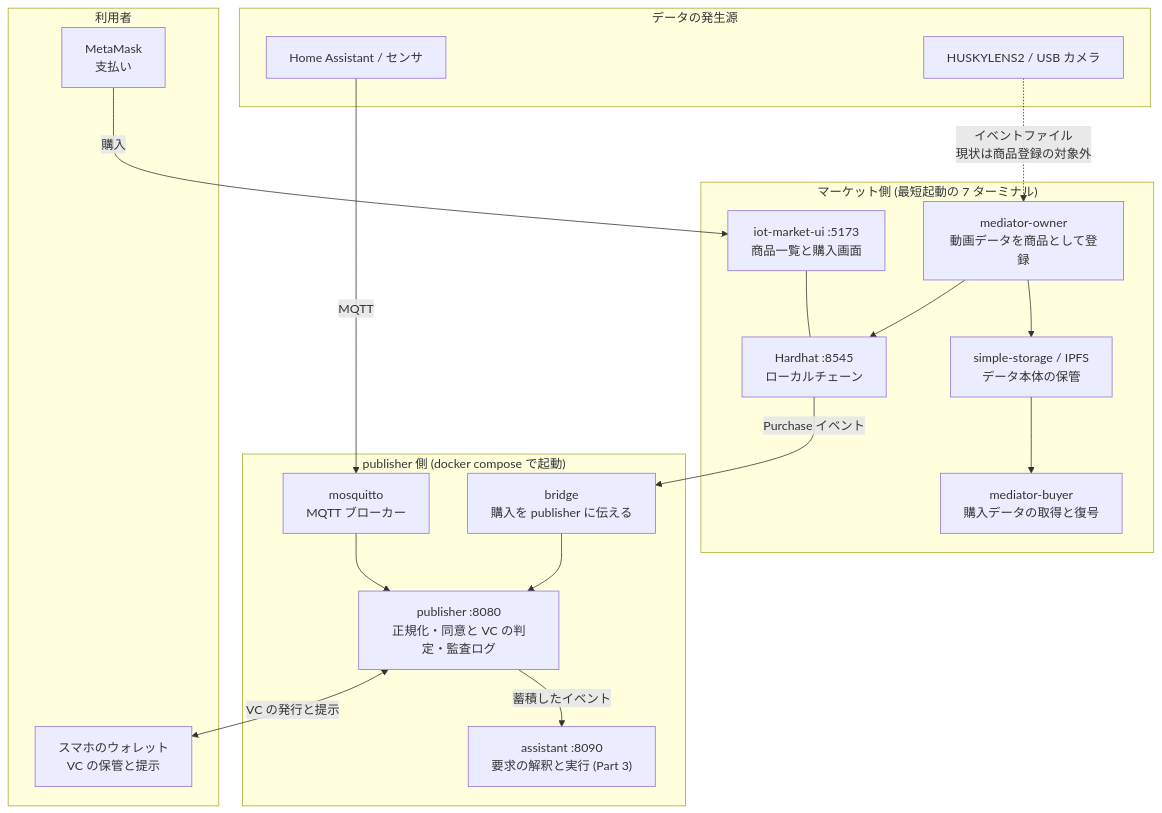
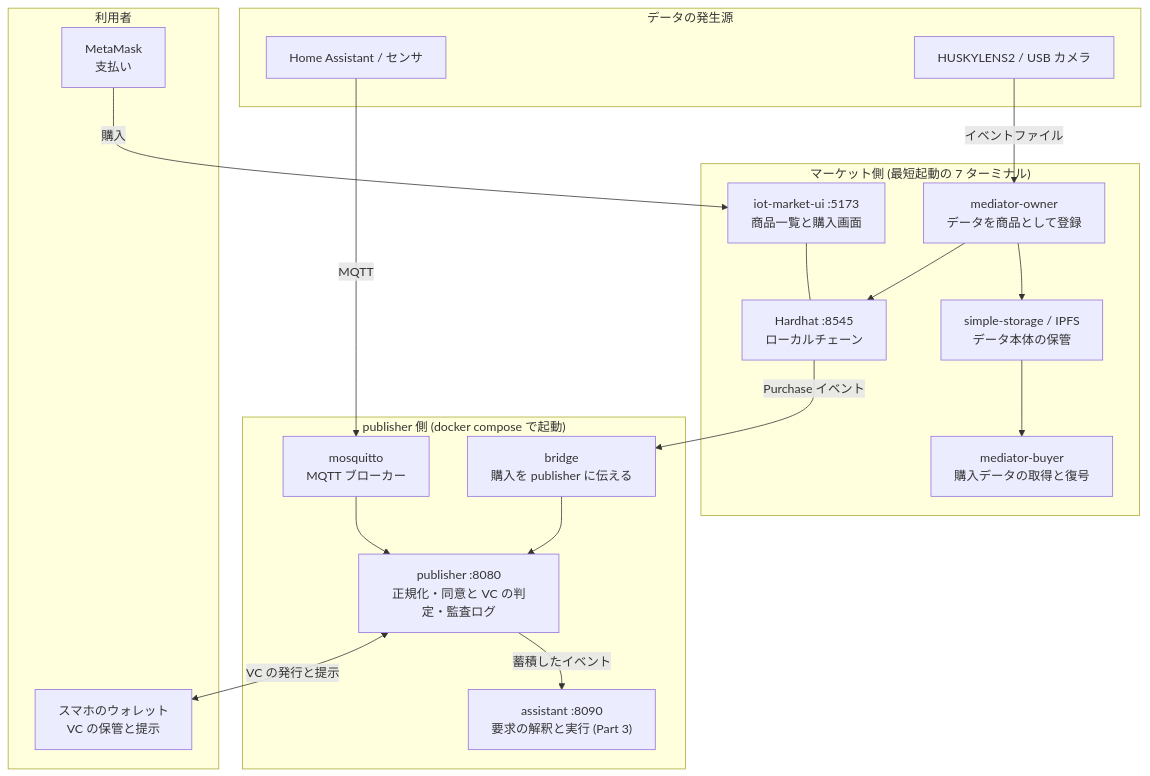
Before and after one commit to ertlnagoya/iw3ip.github.io: the diagram in docs/index.md, drawn with Mermaid. The commit also changed 17 other files, not shown here.

````diff
--- a/docs/index.md
+++ b/docs/index.md
@@ -37,34 +37,34 @@
 ```mermaid
 flowchart TB
   subgraph DEV["データの発生源"]
     HA["Home Assistant / センサ"]
     CAM["HUSKYLENS2 / USB カメラ"]
   end
   subgraph PUB["publisher 側 (docker compose で起動)"]
     MQ["mosquitto<br/>MQTT ブローカー"]
     P["publisher :8080<br/>正規化・同意と VC の判定・監査ログ"]
     BR["bridge<br/>購入を publisher に伝える"]
     AS["assistant :8090<br/>要求の解釈と実行 (Part 3)"]
   end
   subgraph MKT["マーケット側 (最短起動の 7 ターミナル)"]
-    MO["mediator-owner<br/>動画データを商品として登録"]
+    MO["mediator-owner<br/>データを商品として登録"]
     HH["Hardhat :8545<br/>ローカルチェーン"]
     ST["simple-storage / IPFS<br/>データ本体の保管"]
     UI["iot-market-ui :5173<br/>商品一覧と購入画面"]
     MB["mediator-buyer<br/>購入データの取得と復号"]
   end
   subgraph USER["利用者"]
     MM["MetaMask<br/>支払い"]
     W["スマホのウォレット<br/>VC の保管と提示"]
   end
   HA -->|MQTT| MQ --> P
-  CAM -.->|イベントファイル<br/>現状は商品登録の対象外| MO
+  CAM -->|イベントファイル| MO
   MO --> HH
   MO --> ST
   UI --- HH
   MM -->|購入| UI
   ST --> MB
   HH -->|Purchase イベント| BR --> P
   P <-->|VC の発行と提示| W
   P -->|蓄積したイベント| AS
 ```
````
